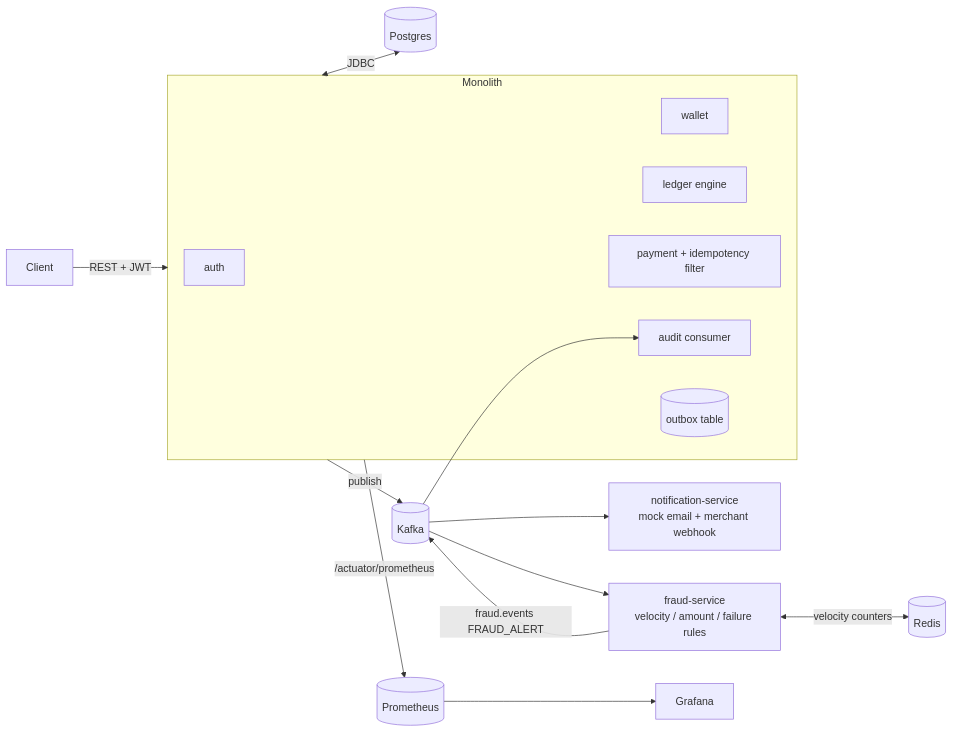
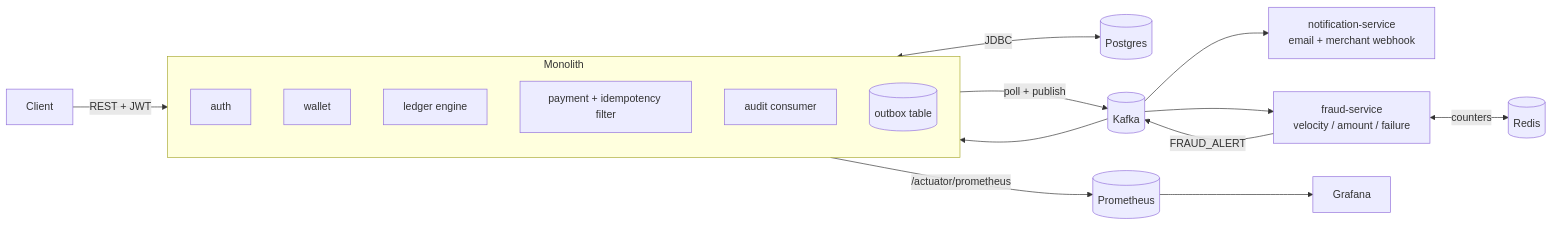
One commit to sarthakj1904/ledgerpay changed the diagram in README.md. Above: the diagram before and after it, drawn with Mermaid.

Commit message:
docs: clean up architecture mermaid diagram
The original diagram targeted the subgraph id `Monolith` from edges, which
made Mermaid place the `auth` node ambiguously on the boundary. Polished:

- Renamed the subgraph to lowercase id `monolith` with explicit label so it
  is unambiguously the cluster, not a node.
- Routed Client -> Auth directly (Auth is the proper entry point) so it
  renders cleanly inside the cluster.
- Outbox -> Kafka edge starts from the outbox node instead of the cluster
  to make the transactional-outbox flow explicit.
- Quoted multi-line node labels and labels containing special characters,
  per Mermaid syntax rules.

Made-with: Cursor

````diff
--- a/README.md
+++ b/README.md
@@ -47,21 +47,25 @@
 ```mermaid
 flowchart LR
-    Client[Client] -->|REST + JWT| Monolith
-    subgraph Monolith
+    Client[Client]
+
+    subgraph monolith [Monolith]
+      direction TB
       Auth[auth]
       Wallet[wallet]
       Ledger[ledger engine]
-      Payment[payment + idempotency filter]
+      Payment["payment + idempotency filter"]
       Audit[audit consumer]
       Outbox[(outbox table)]
     end
-    Monolith <-->|JDBC| Postgres[(Postgres)]
-    Monolith -->|publish| Kafka[(Kafka)]
-    Kafka --> Notif[notification-service<br/>mock email + merchant webhook]
-    Kafka --> Fraud[fraud-service<br/>velocity / amount / failure rules]
-    Fraud -->|fraud.events FRAUD_ALERT| Kafka
+
+    Client -->|REST + JWT| Auth
+    monolith <-->|JDBC| Postgres[(Postgres)]
+    Outbox -->|poll + publish| Kafka[(Kafka)]
+    Kafka --> Notif["notification-service<br/>email + merchant webhook"]
+    Kafka --> Fraud["fraud-service<br/>velocity / amount / failure"]
+    Fraud -->|FRAUD_ALERT| Kafka
     Kafka --> Audit
-    Fraud <-->|velocity counters| Redis[(Redis)]
-    Monolith -->|/actuator/prometheus| Prom[(Prometheus)]
+    Fraud <-->|counters| Redis[(Redis)]
+    monolith -->|/actuator/prometheus| Prom[(Prometheus)]
     Prom --> Grafana
 ```
````
